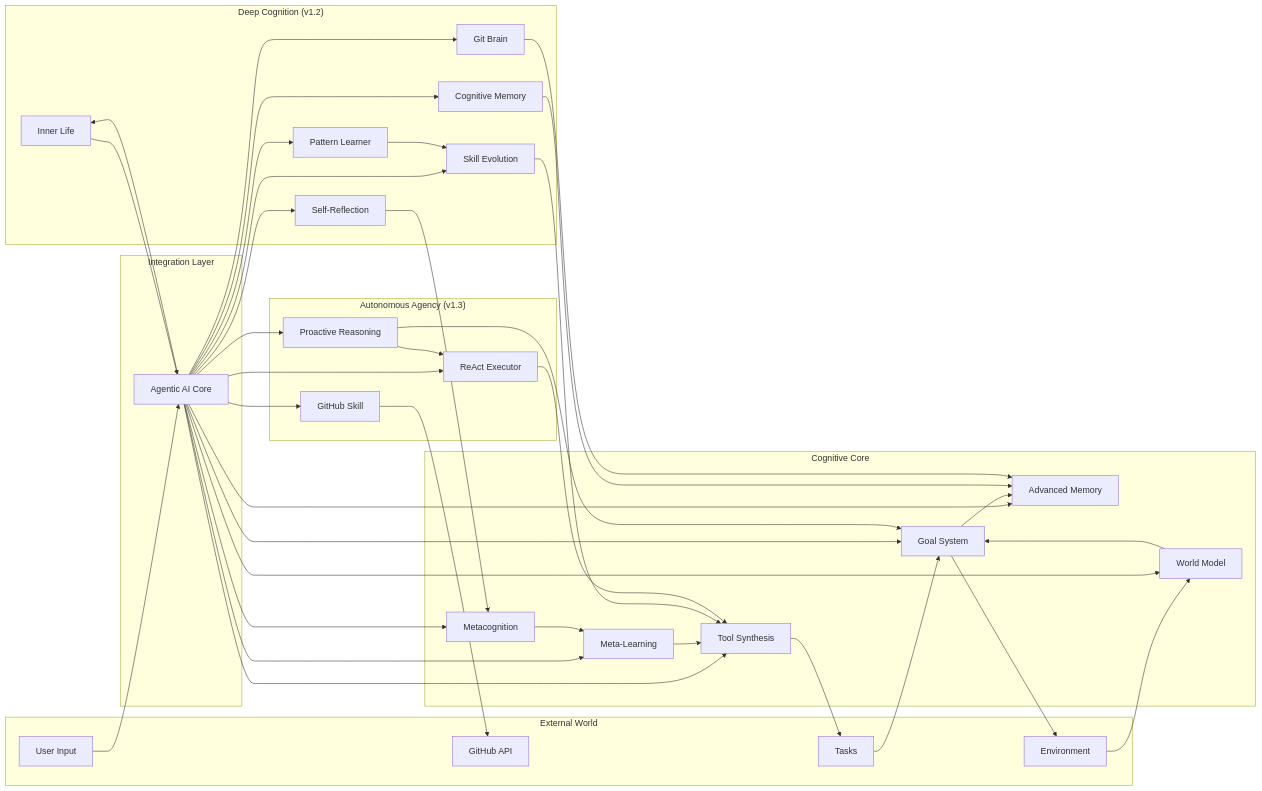
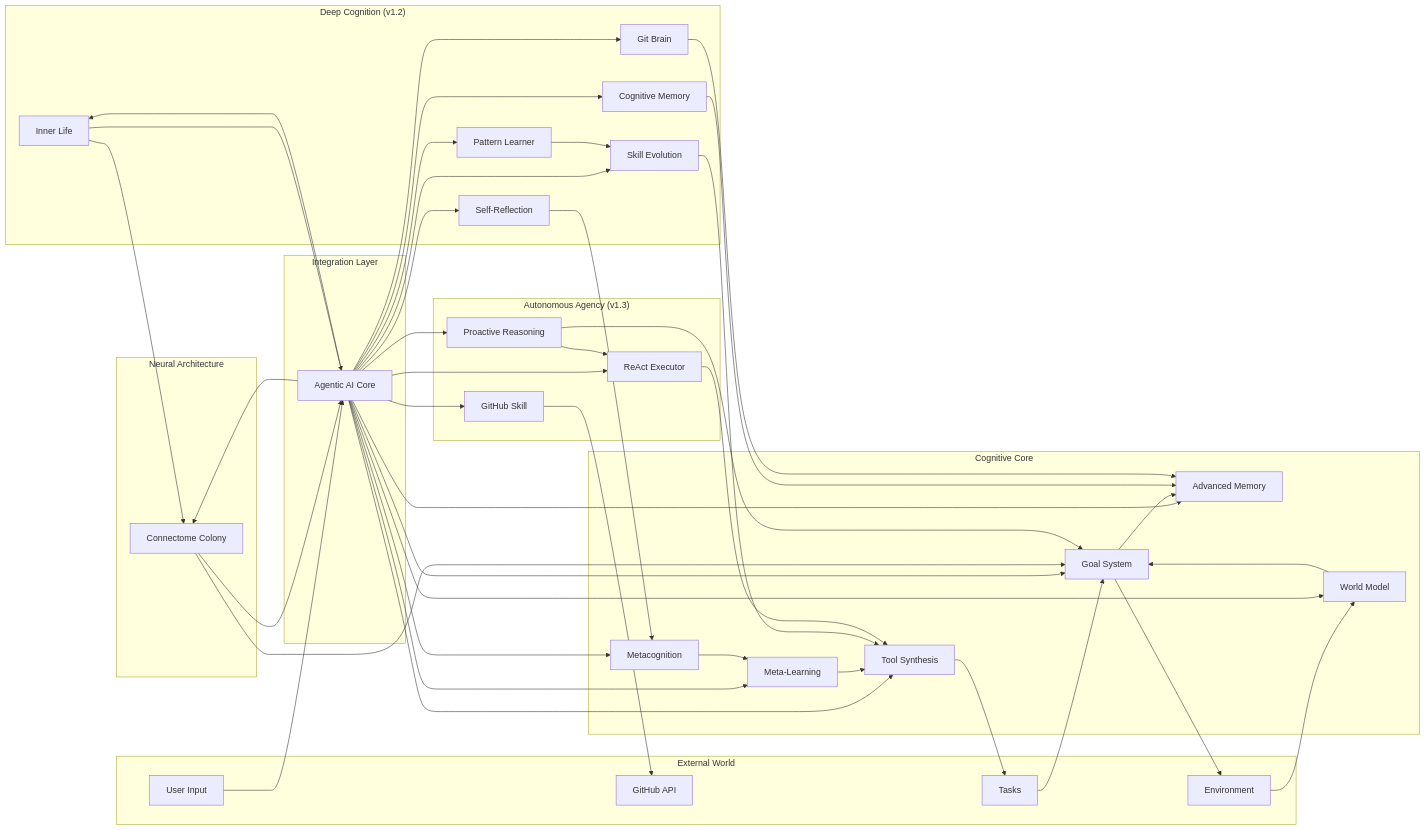
The third of 20 diagrams in README.md (bistuwangqiyuan/Open-Sable), drawn with Mermaid before and after one commit. The commit also changed other lines of this file and 7 other files, not shown here.

First line of the commit message:
feat: Implement connectome-inspired neural colony for cognitive processing

```diff
--- a/README.md
+++ b/README.md
@@ -680,6 +681,10 @@
         PR[Proactive Reasoning]
         RE[ReAct Executor]
         GH[GitHub Skill]
+    end
+
+    subgraph "Neural Architecture"
+        NC[Connectome Colony]
     end
     
     subgraph "Integration Layer"
@@ -714,6 +719,11 @@
     AGENT --> PR
     AGENT --> RE
     AGENT --> GH
+    AGENT --> NC
+
+    NC --> AGENT
+    IL --> NC
+    NC --> G
     
     G --> M
     ML --> T
```
